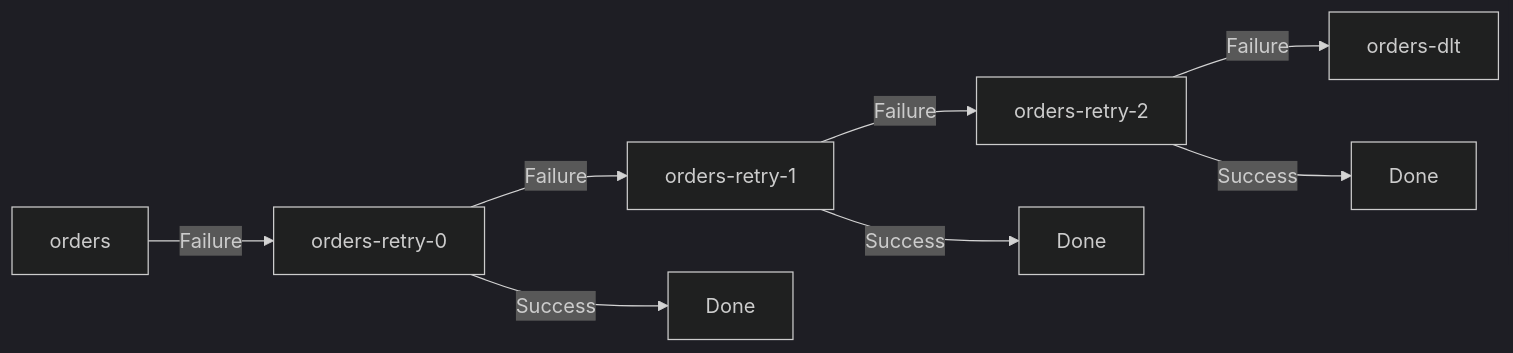
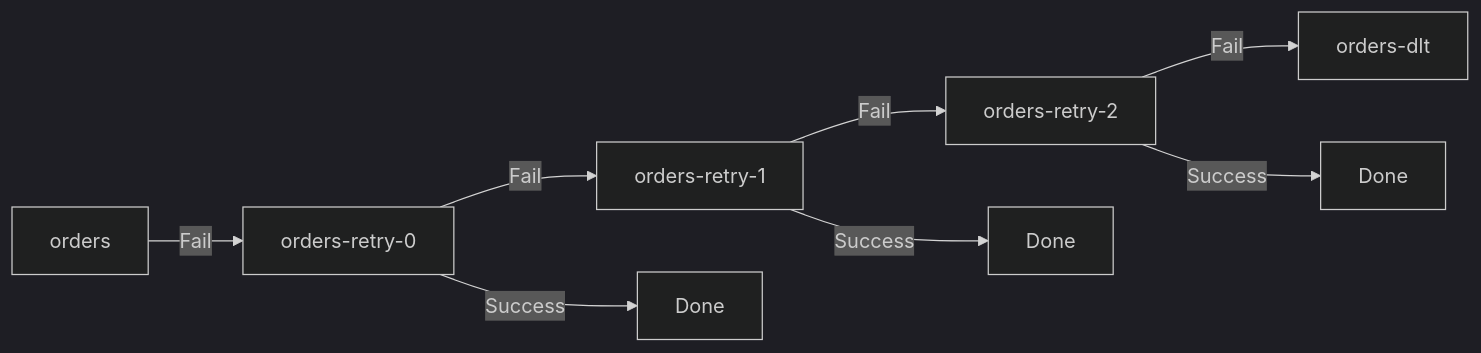
The third of 3 diagrams in content/en/docs/kafka/concepts/error-handling.md (advanced-beginner/advanced-beginner.github.io), drawn with Mermaid (dark theme) before and after one commit. The commit also changed other lines of this file and 7 other files, not shown here.

````diff
--- a/content/en/docs/kafka/concepts/error-handling.md
+++ b/content/en/docs/kafka/concepts/error-handling.md
@@ -221,11 +217,11 @@
 ```mermaid
 flowchart LR
-    ORIG["orders"] -->|Failure| R0["orders-retry-0"]
-    R0 -->|Failure| R1["orders-retry-1"]
-    R1 -->|Failure| R2["orders-retry-2"]
-    R2 -->|Failure| DLT["orders-dlt"]
+    ORIG["orders"] -->|Fail| R0["orders-retry-0"]
+    R0 -->|Fail| R1["orders-retry-1"]
+    R1 -->|Fail| R2["orders-retry-2"]
+    R2 -->|Fail| DLT["orders-dlt"]
 
     R0 -->|Success| DONE1[Done]
     R1 -->|Success| DONE2[Done]
     R2 -->|Success| DONE3[Done]
 ```
````
